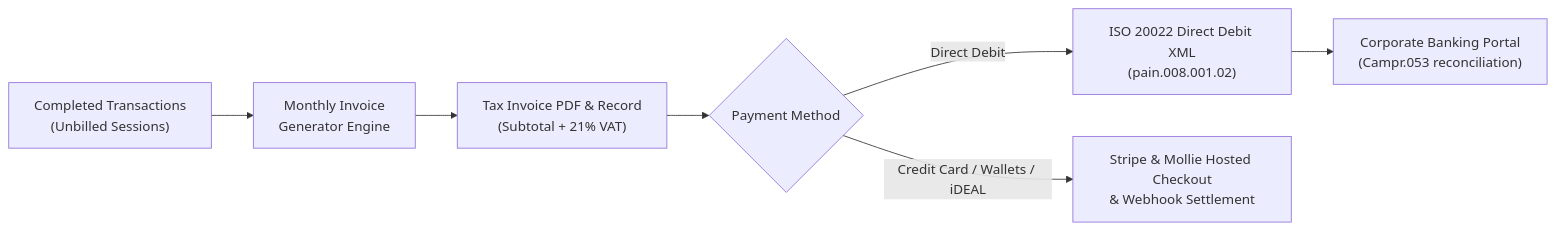
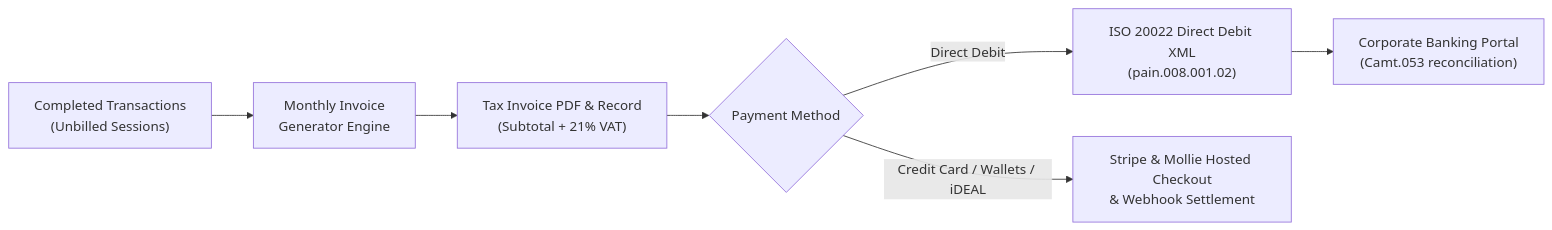
The second of 3 diagrams in Manual/financial_roaming_manual.md (webdotpulse/GRID-OCPP-CPMS), drawn with Mermaid before and after one commit. The commit also changed other lines of this file and 150 other files, not shown here.

````diff
--- a/Manual/financial_roaming_manual.md
+++ b/Manual/financial_roaming_manual.md
@@ -37,9 +37,9 @@
 ```mermaid
 flowchart LR
     Sessions["Completed Transactions\n(Unbilled Sessions)"] --> Aggregator["Monthly Invoice\nGenerator Engine"]
     Aggregator --> Invoice["Tax Invoice PDF & Record\n(Subtotal + 21% VAT)"]
     Invoice --> Mandate{"Payment Method"}
     Mandate -->|Direct Debit| SEPA["ISO 20022 Direct Debit XML\n(pain.008.001.02)"]
     Mandate -->|Credit Card / Wallets / iDEAL| Gateways["Stripe & Mollie Hosted Checkout\n& Webhook Settlement"]
-    SEPA --> Bank["Corporate Banking Portal\n(Campr.053 reconciliation)"]
+    SEPA --> Bank["Corporate Banking Portal\n(Camt.053 reconciliation)"]
 ```
````
